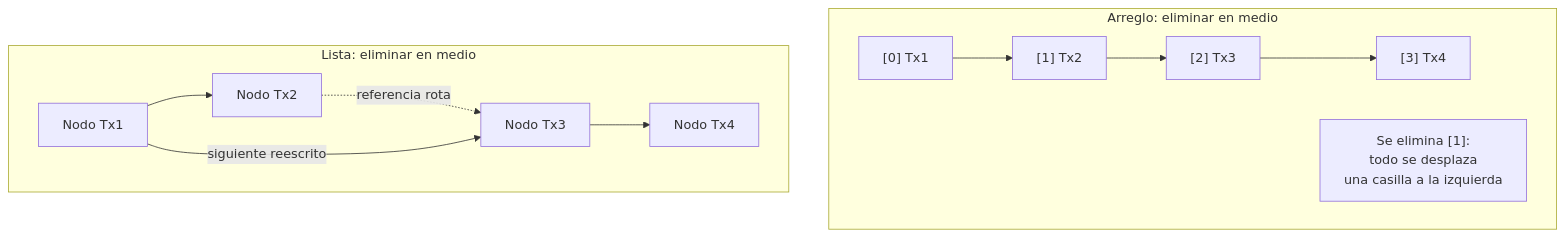
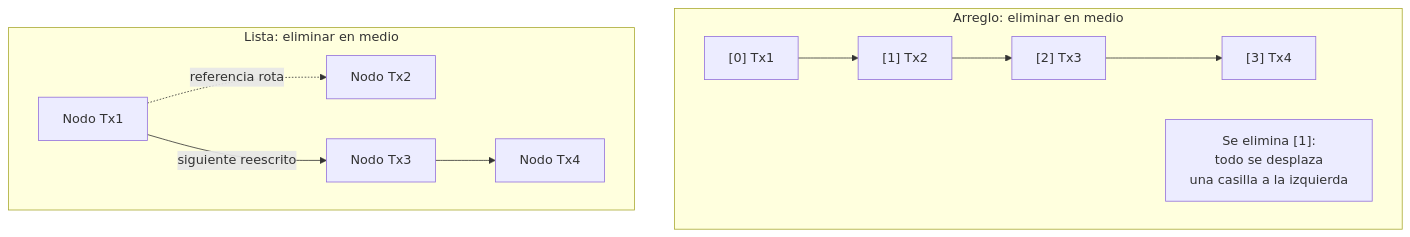
The third of 3 diagrams in content/cursos/estructuras-de-datos/eliminacion-en-lista-simple-y-comparacion-con-arreglos.mdx (santiagoSuarez219/nodo-edu), drawn with Mermaid before and after one commit. The commit also changed other lines of this file and 2 other files, not shown here.

````diff
--- a/content/cursos/estructuras-de-datos/eliminacion-en-lista-simple-y-comparacion-con-arreglos.mdx
+++ b/content/cursos/estructuras-de-datos/eliminacion-en-lista-simple-y-comparacion-con-arreglos.mdx
@@ -198,15 +203,14 @@
 ```mermaid
 flowchart TB
   subgraph ArregloEliminar["Arreglo: eliminar en medio"]
     direction LR
     AA["[0] Tx1"] --> AB["[1] Tx2"] --> AC["[2] Tx3"] --> AD["[3] Tx4"]
     AN["Se elimina [1]:\ntodo se desplaza\nuna casilla a la izquierda"]
   end
   subgraph ListaEliminar["Lista: eliminar en medio"]
     direction LR
-    LA["Nodo Tx1"] --> LB["Nodo Tx2"]
-    LB -.->|"referencia rota"| LC["Nodo Tx3"]
-    LA -->|"siguiente reescrito"| LC
+    LA["Nodo Tx1"] -.->|"referencia rota"| LB["Nodo Tx2"]
+    LA -->|"siguiente reescrito"| LC["Nodo Tx3"]
     LC --> LD["Nodo Tx4"]
   end
 ```
````
